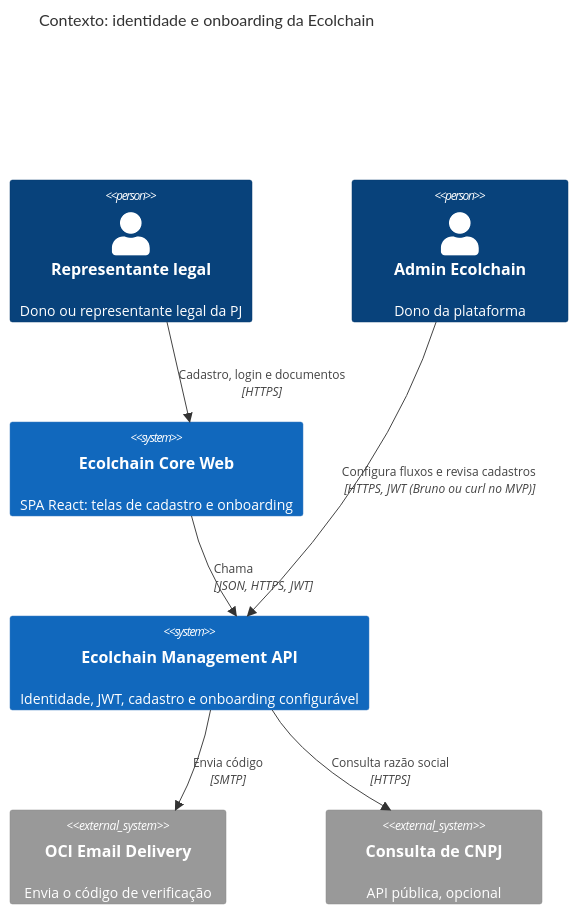
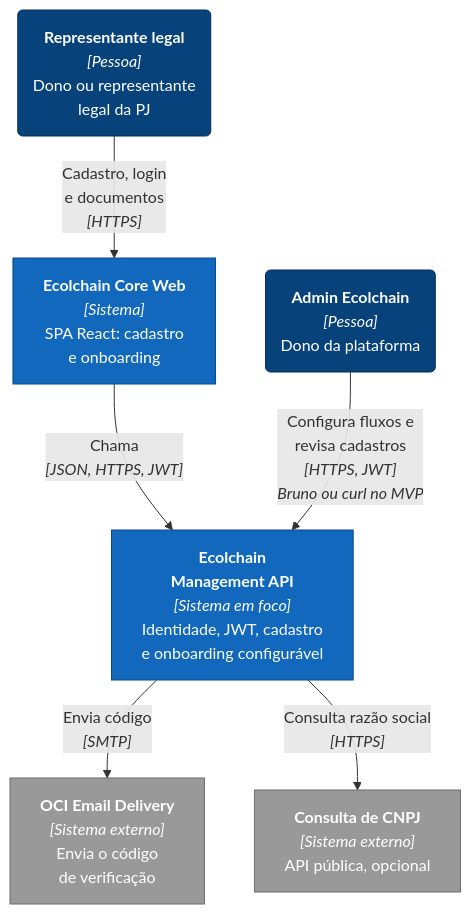
Before and after one commit to ECOLchain/ecolchain-management-api: the first of 8 diagrams in docs/proposta-auth-onboarding.md, drawn with Mermaid. The commit also changed other lines of this file and 3 other files, not shown here.

````diff
--- a/docs/proposta-auth-onboarding.md
+++ b/docs/proposta-auth-onboarding.md
@@ -81,21 +84,22 @@
 ```mermaid
-C4Context
-    title Contexto: identidade e onboarding da Ecolchain
+%%{init: {"flowchart": {"wrappingWidth": 360}}}%%
+flowchart TB
+    classDef person fill:#08427b,stroke:#052e56,color:#ffffff
+    classDef system fill:#1168bd,stroke:#0b4884,color:#ffffff
+    classDef ext fill:#999999,stroke:#6b6b6b,color:#ffffff
 
-    Person(owner, "Representante legal", "Dono ou representante legal da PJ")
-    Person(admin, "Admin Ecolchain", "Dono da plataforma")
+    owner("<b>Representante legal</b><br/><i>[Pessoa]</i><br/>Dono ou representante<br/>legal da PJ"):::person
+    admin("<b>Admin Ecolchain</b><br/><i>[Pessoa]</i><br/>Dono da plataforma"):::person
 
-    System(web, "Ecolchain Core Web", "SPA React: telas de cadastro e onboarding")
-    System(api, "Ecolchain Management API", "Identidade, JWT, cadastro e onboarding configurável")
+    web["<b>Ecolchain Core Web</b><br/><i>[Sistema]</i><br/>SPA React: cadastro<br/>e onboarding"]:::system
+    api["<b>Ecolchain<br/>Management API</b><br/><i>[Sistema em foco]</i><br/>Identidade, JWT, cadastro<br/>e onboarding configurável"]:::system
 
-    System_Ext(mail, "OCI Email Delivery", "Envia o código de verificação")
-    System_Ext(cnpj, "Consulta de CNPJ", "API pública, opcional")
+    mail["<b>OCI Email Delivery</b><br/><i>[Sistema externo]</i><br/>Envia o código<br/>de verificação"]:::ext
+    cnpj["<b>Consulta de CNPJ</b><br/><i>[Sistema externo]</i><br/>API pública, opcional"]:::ext
 
-    Rel(owner, web, "Cadastro, login e documentos", "HTTPS")
-    Rel(web, api, "Chama", "JSON, HTTPS, JWT")
-    Rel(admin, api, "Configura fluxos e revisa cadastros", "HTTPS, JWT (Bruno ou curl no MVP)")
-    Rel(api, mail, "Envia código", "SMTP")
-    Rel(api, cnpj, "Consulta razão social", "HTTPS")
-
-    UpdateLayoutConfig($c4ShapeInRow="3", $c4BoundaryInRow="1")
+    owner -->|"Cadastro, login<br/>e documentos<br/><i>[HTTPS]</i>"| web
+    web -->|"Chama<br/><i>[JSON, HTTPS, JWT]</i>"| api
+    admin -->|"Configura fluxos e<br/>revisa cadastros<br/><i>[HTTPS, JWT]</i><br/><i>Bruno ou curl no MVP</i>"| api
+    api -->|"Envia código<br/><i>[SMTP]</i>"| mail
+    api -->|"Consulta razão social<br/><i>[HTTPS]</i>"| cnpj
 ```
````
